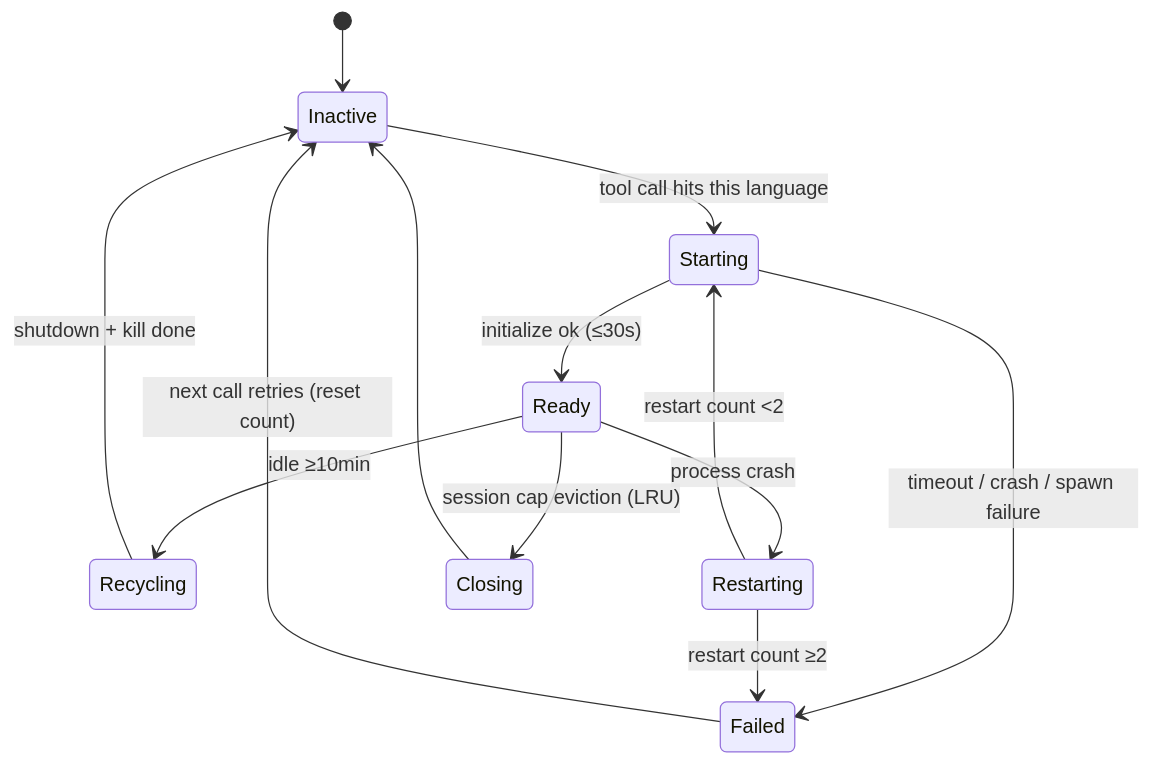
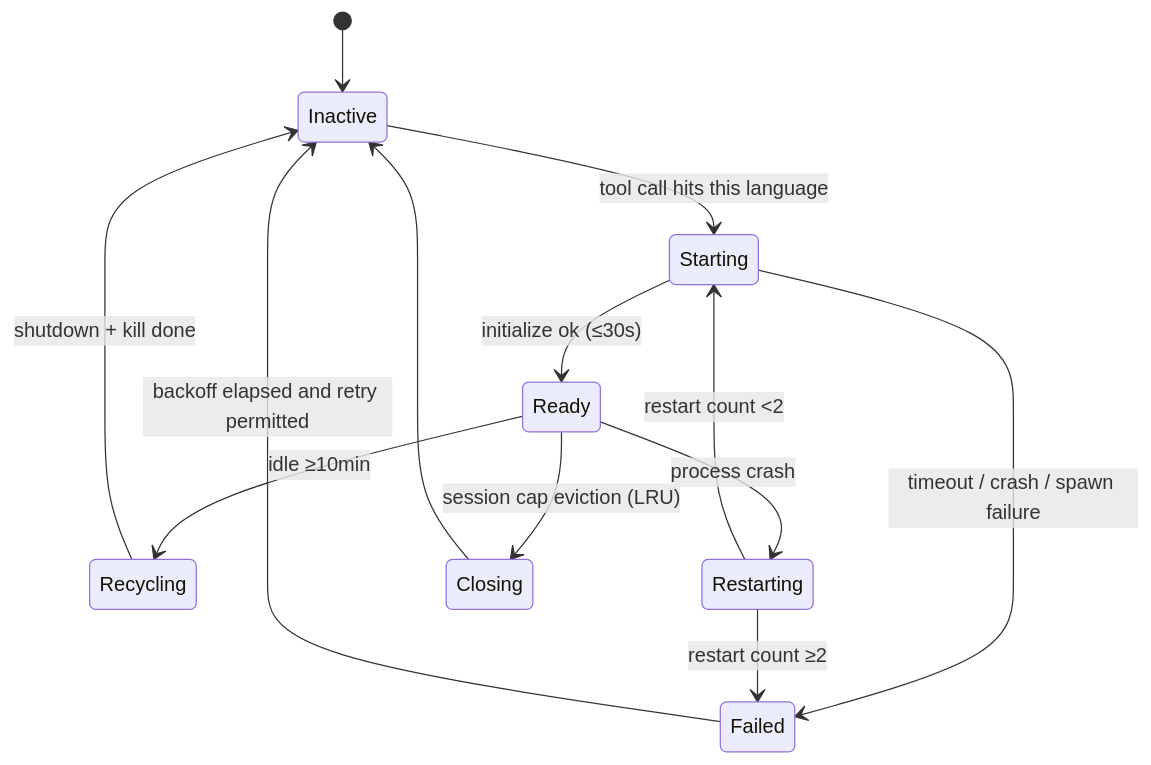
Before and after one commit to BaSui01/snow-app: the first of 3 diagrams in docs/en/4-architecture-and-development/7-lsp-external-language-server-design.md, drawn with Mermaid. The commit also changed other lines of this file and 7 other files, not shown here.

````diff
--- a/docs/en/4-architecture-and-development/7-lsp-external-language-server-design.md
+++ b/docs/en/4-architecture-and-development/7-lsp-external-language-server-design.md
@@ -162,15 +239,15 @@
 ```mermaid
 stateDiagram-v2
     [*] --> Inactive
     Inactive --> Starting: tool call hits this language
     Starting --> Ready: initialize ok (≤30s)
     Starting --> Failed: timeout / crash / spawn failure
     Ready --> Recycling: idle ≥10min
     Recycling --> Inactive: shutdown + kill done
     Ready --> Restarting: process crash
     Restarting --> Starting: restart count <2
     Restarting --> Failed: restart count ≥2
-    Failed --> Inactive: next call retries (reset count)
+    Failed --> Inactive: backoff elapsed and retry permitted
     Ready --> Closing: session cap eviction (LRU)
     Closing --> Inactive
 ```
````
